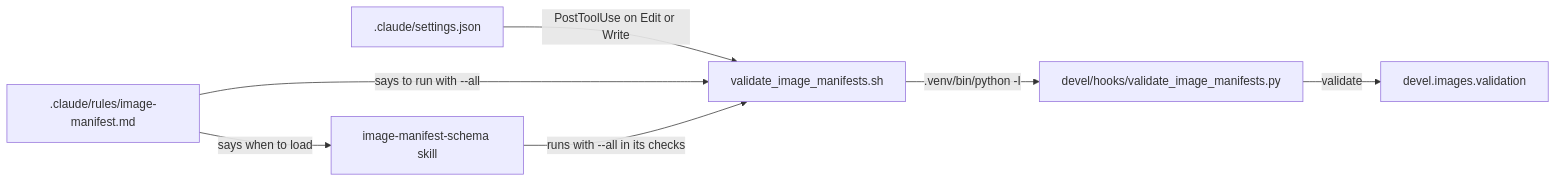
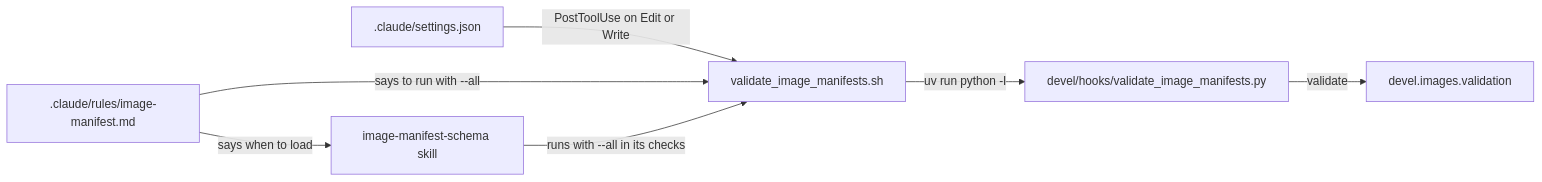
The first of 2 diagrams in docs/claude-code-hooks.md (froazin/devcontainers), drawn with Mermaid before and after one commit. The commit also changed other lines of this file and 3 other files, not shown here.

First line of the commit message:
chore(claude): Run the image manifest hook through uv

````diff
--- a/docs/claude-code-hooks.md
+++ b/docs/claude-code-hooks.md
@@ -23,11 +23,11 @@
 ```mermaid
 flowchart LR
     accTitle: The parts of the image manifest hook
-    accDescr: settings.json registers the shell wrapper as a PostToolUse hook. The wrapper runs the Python script with the project's virtual environment, and the script calls devel.images.validation. The path-scoped rule tells Claude when to load the image-manifest-schema skill and to run the wrapper with --all.
+    accDescr: settings.json registers the shell wrapper as a PostToolUse hook. The wrapper runs the Python script through uv run from the repository root, and the script calls devel.images.validation. The path-scoped rule tells Claude when to load the image-manifest-schema skill and to run the wrapper with --all.
     settings[.claude/settings.json] -->|PostToolUse on Edit or Write| wrapper[validate_image_manifests.sh]
-    wrapper -->|.venv/bin/python -I| script[devel/hooks/validate_image_manifests.py]
+    wrapper -->|uv run python -I| script[devel/hooks/validate_image_manifests.py]
     script -->|validate| validation[devel.images.validation]
     rule[.claude/rules/image-manifest.md] -->|says when to load| skill[image-manifest-schema skill]
     rule -->|says to run with --all| wrapper
     skill -->|runs with --all in its checks| wrapper
 ```
````
